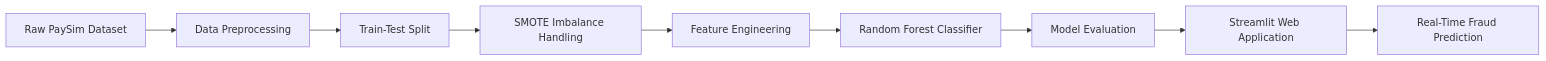
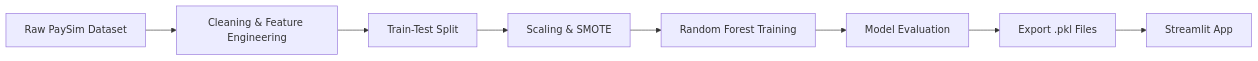
One commit to rahul2k57/financial-fraud-detection-system changed the diagram in README.md. Above: the diagram before and after it, drawn with Mermaid.

````diff
--- a/README.md
+++ b/README.md
@@ -34,11 +34,10 @@
 ```mermaid
 graph LR
-    A[Raw PaySim Dataset] --> B[Data Preprocessing]
+    A[Raw PaySim Dataset] --> B[Cleaning & Feature Engineering]
     B --> C[Train-Test Split]
-    C --> D[SMOTE Imbalance Handling]
-    D --> E[Feature Engineering]
-    E --> F[Random Forest Classifier]
-    F --> G[Model Evaluation]
-    G --> H[Streamlit Web Application]
-    H --> I[Real-Time Fraud Prediction]
+    C --> D[Scaling & SMOTE]
+    D --> E[Random Forest Training]
+    E --> F[Model Evaluation]
+    F --> G[Export .pkl Files]
+    G --> H[Streamlit App]
 ```
````
